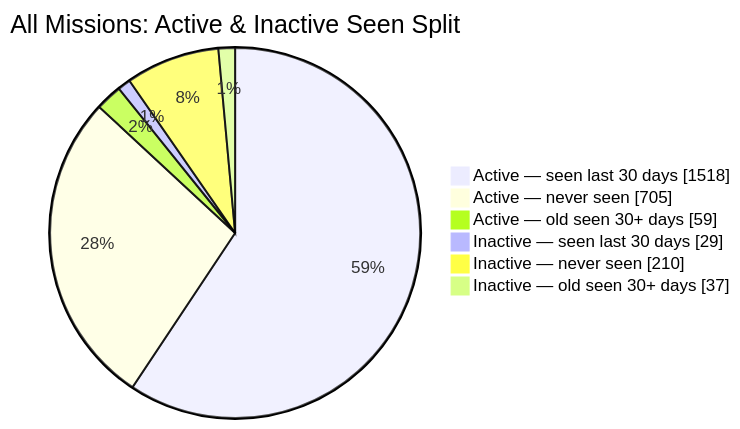
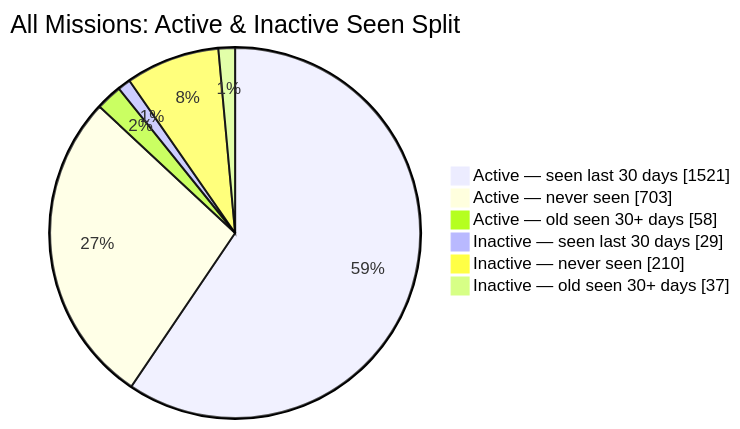
One commit to MeldkamerspelGameTeam/active-missions changed the second of 2 diagrams in README.md. Above: the diagram before and after it, drawn with Mermaid. The commit also changed other lines of this file and 3 other files, not shown here.

````diff
--- a/README.md
+++ b/README.md
@@ -44,10 +44,10 @@
 ```mermaid
 pie showData
     title All Missions: Active & Inactive Seen Split
-    "Active — seen last 30 days" : 1518
-    "Active — never seen" : 705
-    "Active — old seen 30+ days" : 59
+    "Active — seen last 30 days" : 1521
+    "Active — never seen" : 703
+    "Active — old seen 30+ days" : 58
     "Inactive — seen last 30 days" : 29
     "Inactive — never seen" : 210
     "Inactive — old seen 30+ days" : 37
 ```
````
